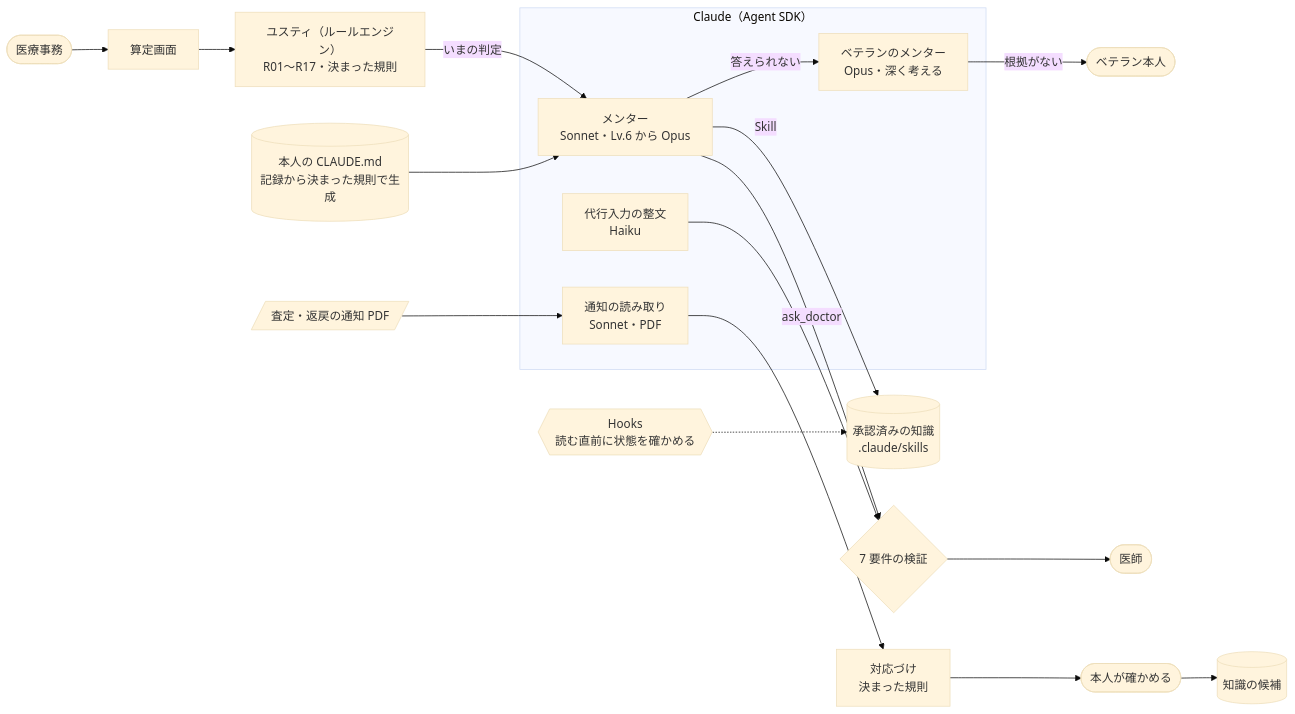
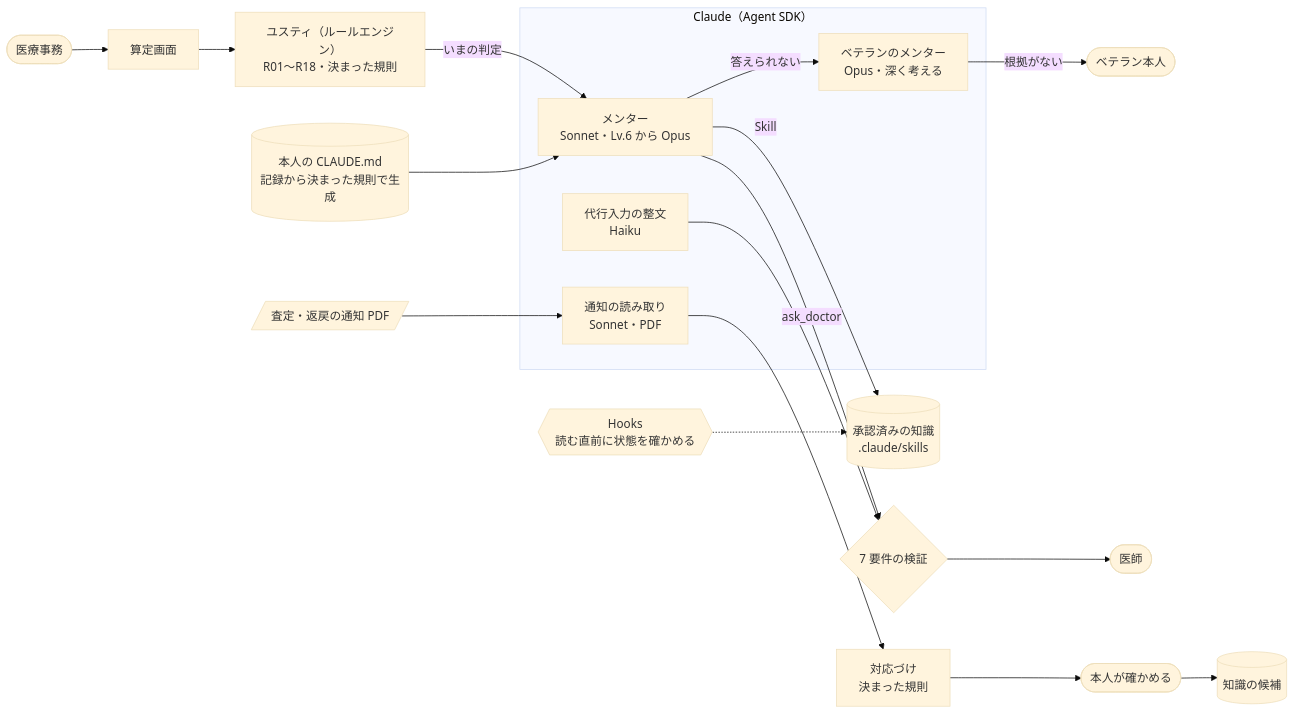
One commit to toshi-naka-boop/iji-context changed the second of 2 diagrams in README.md. Above: the diagram before and after it, drawn with Mermaid (base theme). The commit also changed other lines of this file and 35 other files, not shown here.

````diff
--- a/README.md
+++ b/README.md
@@ -165,19 +165,19 @@
 ```mermaid
 flowchart LR
   clerk([医療事務]) --> ui[算定画面]
-  ui --> engine[ユスティ（ルールエンジン）<br>R01〜R17・決まった規則]
+  ui --> engine[ユスティ（ルールエンジン）<br>R01〜R18・決まった規則]
   engine -- いまの判定 --> mentor
   subgraph claude[Claude（Agent SDK）]
     mentor[メンター<br>Sonnet・Lv.6 から Opus]
     vet[ベテランのメンター<br>Opus・深く考える]
     scribe[代行入力の整文<br>Haiku]
     notice[通知の読み取り<br>Sonnet・PDF]
   end
   mentor -- Skill --> skills[(承認済みの知識<br>.claude/skills)]
   hooks{{Hooks<br>読む直前に状態を確かめる}} -.-> skills
   memo[(本人の CLAUDE.md<br>記録から決まった規則で生成)] --> mentor
   mentor -- 答えられない --> vet -- 根拠がない --> human([ベテラン本人])
   mentor -- ask_doctor --> check{7 要件の検証} --> doctor([医師])
   scribe --> check
   pdf[/査定・返戻の通知 PDF/] --> notice --> map[対応づけ<br>決まった規則] --> person([本人が確かめる]) --> knowledge[(知識の候補)]
 ```
````
